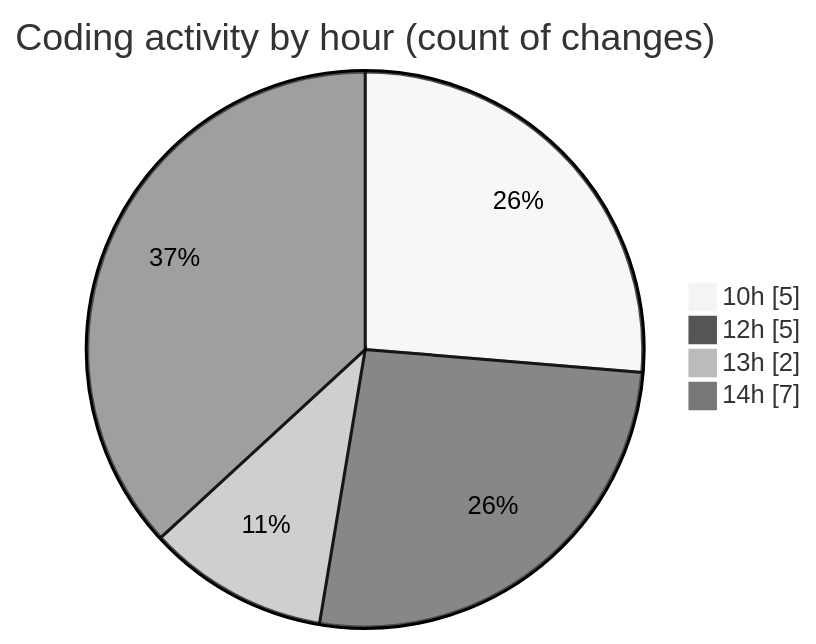
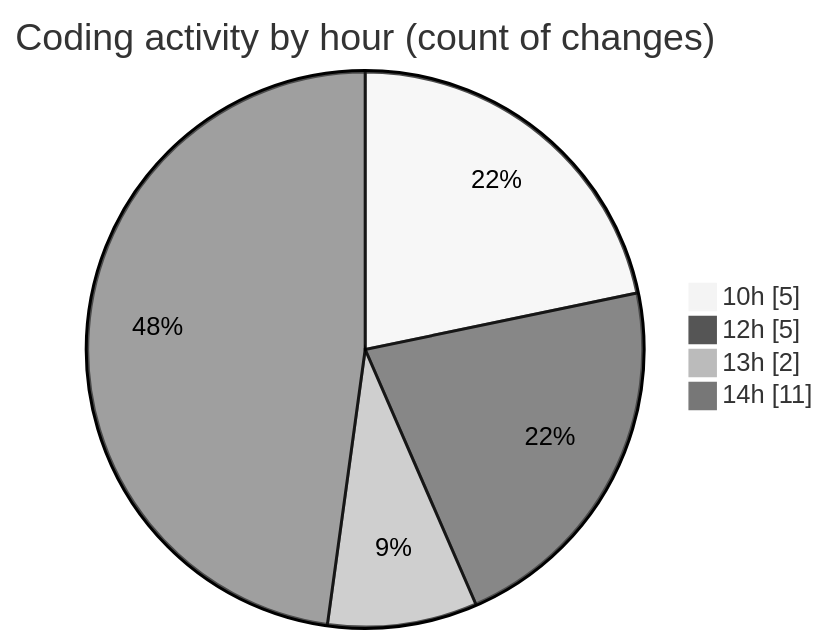
One commit to Ritupan-Deka/code-tracking changed the second of 2 diagrams in 2025-07-07/urlwebwala_intership_work/README.md. Above: the diagram before and after it, drawn with Mermaid (neutral theme). The commit also changed other lines of this file and 1 other file, not shown here.

````diff
--- a/2025-07-07/urlwebwala_intership_work/README.md
+++ b/2025-07-07/urlwebwala_intership_work/README.md
@@ -30,8 +30,8 @@
 ```mermaid
 pie showData
 title Coding activity by hour (count of changes)
 "10h" : 5
 "12h" : 5
 "13h" : 2
-"14h" : 7
+"14h" : 11
 ```
````
